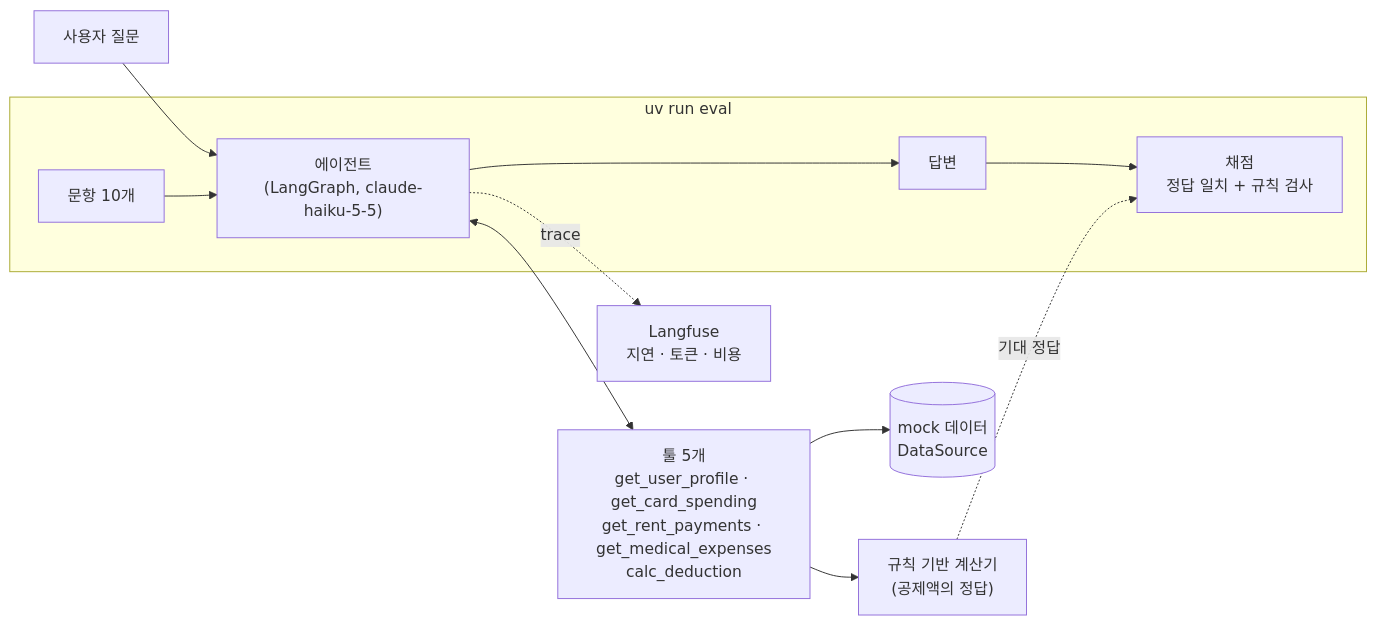
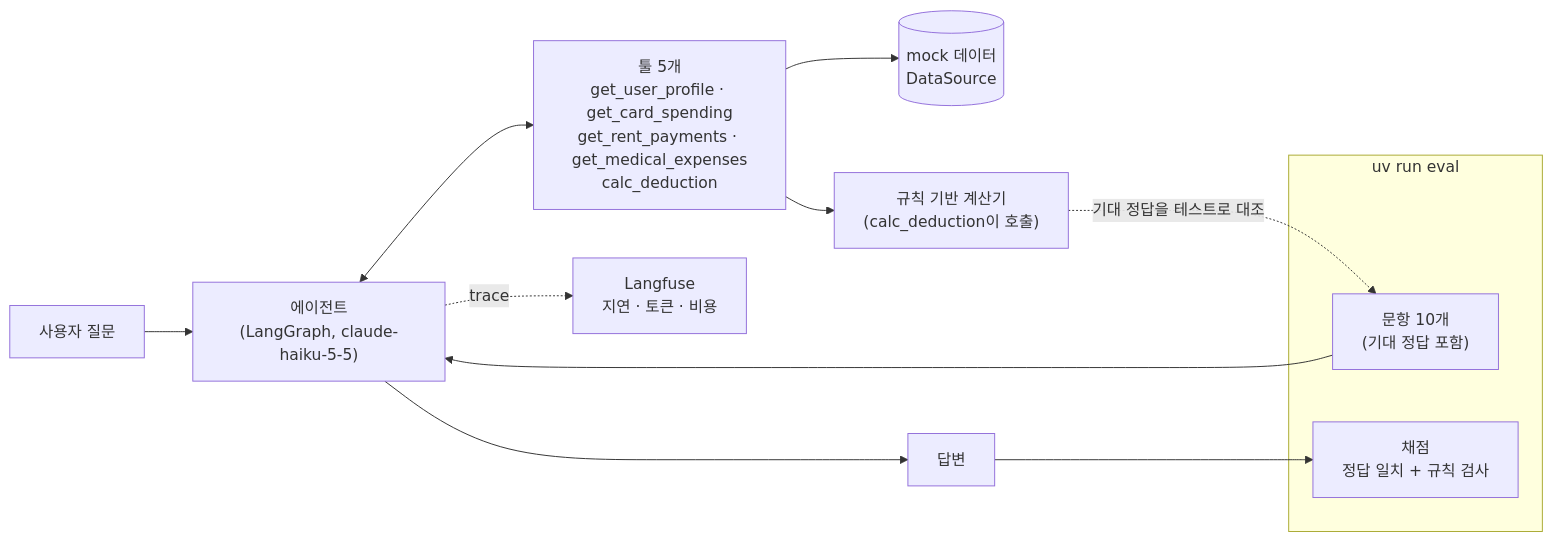
The diagram in README.md (jooniorp/tax-agent-eval), drawn with Mermaid before and after one commit. The commit also changed other lines of this file and 3 other files, not shown here.

````diff
--- a/README.md
+++ b/README.md
@@ -13,14 +13,16 @@
 ```mermaid
 flowchart LR
     Q["사용자 질문"] --> A["에이전트<br/>(LangGraph, claude-haiku-5-5)"]
     A <--> T["툴 5개<br/>get_user_profile · get_card_spending<br/>get_rent_payments · get_medical_expenses<br/>calc_deduction"]
     T --> D[("mock 데이터<br/>DataSource")]
-    T --> C["규칙 기반 계산기<br/>(공제액의 정답)"]
+    T --> C["규칙 기반 계산기<br/>(calc_deduction이 호출)"]
     A --> R["답변"]
     A -.->|trace| L["Langfuse<br/>지연 · 토큰 · 비용"]
     subgraph EV ["uv run eval"]
-        E["문항 10개"] --> A
-        R --> S["채점<br/>정답 일치 + 규칙 검사"]
+        E["문항 10개<br/>(기대 정답 포함)"]
+        S["채점<br/>정답 일치 + 규칙 검사"]
     end
-    C -.->|기대 정답| S
+    E --> A
+    R --> S
+    C -.->|"기대 정답을 테스트로 대조"| E
 ```
````
